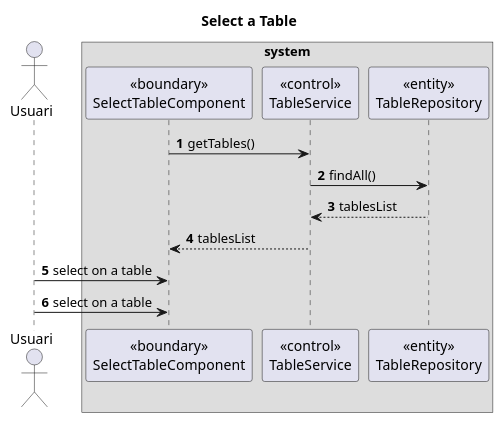
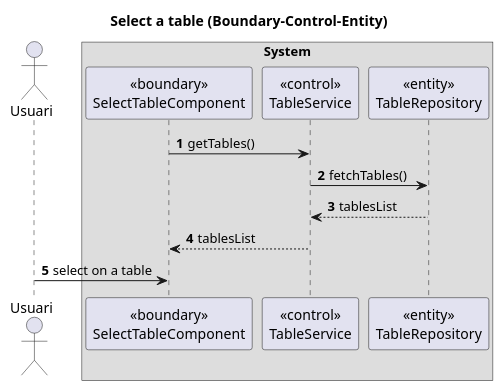
Before and after one commit to quiquealonso/barAssistant: the diagram in documentacio/digSeqChooseTable.puml, drawn with PlantUML. The commit also changed 16 other files, not shown here.

```diff
--- a/documentacio/digSeqChooseTable.puml
+++ b/documentacio/digSeqChooseTable.puml
@@ -1,18 +1,18 @@
-@startuml diagramasecuencia
-title Select a Table
+@startuml
+title Select a table (Boundary-Control-Entity)
 autonumber
-actor Usuari as U 
-box "system"
+actor Usuari as U
+
+box "System"
     participant B as "<<boundary>>\nSelectTableComponent"
     participant C as "<<control>>\nTableService"
     participant E as "<<entity>>\nTableRepository"
 end box
-B->C: getTables()
-C->E: findAll()
-E-->C: tablesList
-C-->B: tablesList
-U->B: select on a table
-U->B: select on a table
+B -> C: getTables()
+C -> E: fetchTables()
+E --> C: tablesList
+C --> B: tablesList
+U -> B: select on a table
 
 
 @enduml
```
